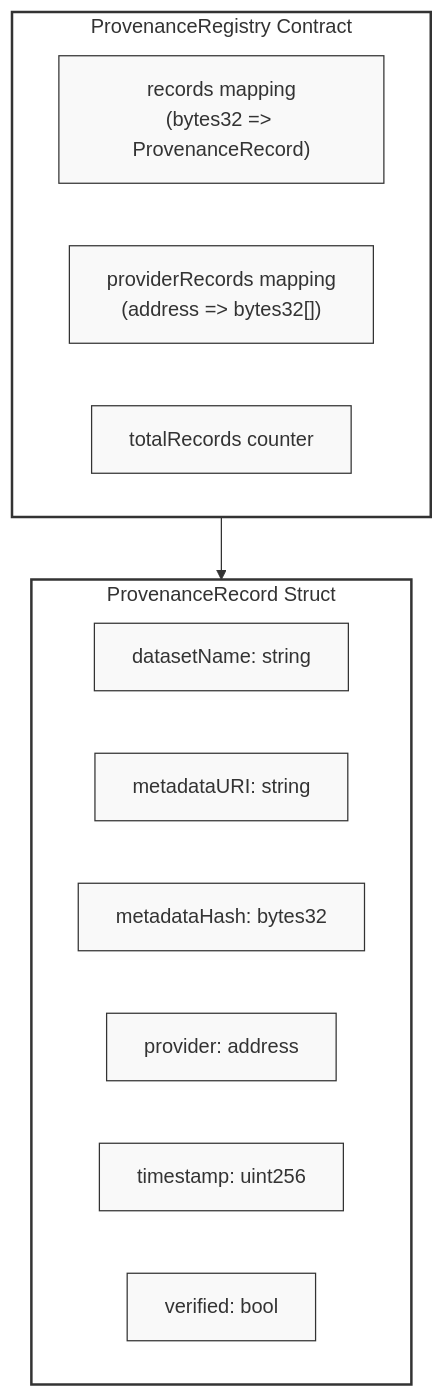
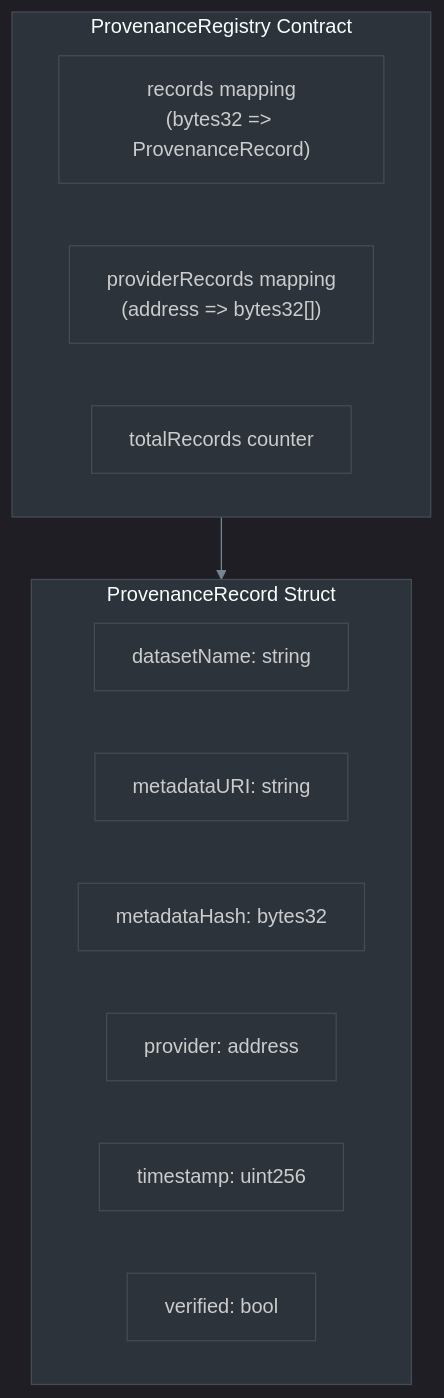
Before and after one commit to Ricoledan/dta-provenance-demo: the fourth of 17 diagrams in docs/ARCHITECTURE.md, drawn with Mermaid. The commit also changed other lines of this file and 1 other file, not shown here.

First line of the commit message:
Update Mermaid diagrams to dark theme

````diff
--- a/docs/ARCHITECTURE.md
+++ b/docs/ARCHITECTURE.md
@@ -138,31 +110,21 @@
 ```mermaid
+%%{init: {"theme":"dark","themeVariables":{"darkMode":true,"background":"#0d1117","primaryColor":"#2d333b","primaryTextColor":"#e6edf3","primaryBorderColor":"#444c56","lineColor":"#768390","secondaryColor":"#1c2128","tertiaryColor":"#22272e","clusterBkg":"#2d333b","clusterBorder":"#444c56","nodeTextColor":"#e6edf3","mainBkg":"#2d333b","secondBkg":"#22272e","edgeLabelBackground":"#2d333b","nodeBorder":"#444c56"}}}%%
 graph TB
     subgraph Contract["ProvenanceRegistry Contract"]
         Mapping["records mapping<br/>(bytes32 => ProvenanceRecord)"]
         Provider["providerRecords mapping<br/>(address => bytes32[])"]
         Counter["totalRecords counter"]
     end
 
     subgraph Record["ProvenanceRecord Struct"]
         Name["datasetName: string"]
         URI["metadataURI: string"]
         Hash["metadataHash: bytes32"]
         Addr["provider: address"]
         Time["timestamp: uint256"]
         Verified["verified: bool"]
     end
 
     Contract --> Record
 
-    style Contract fill:#fff,stroke:#333,stroke-width:2px
-    style Record fill:#fff,stroke:#333,stroke-width:2px
-    style Mapping fill:#f9f9f9,stroke:#333,stroke-width:1px
-    style Provider fill:#f9f9f9,stroke:#333,stroke-width:1px
-    style Counter fill:#f9f9f9,stroke:#333,stroke-width:1px
-    style Name fill:#f9f9f9,stroke:#333,stroke-width:1px
-    style URI fill:#f9f9f9,stroke:#333,stroke-width:1px
-    style Hash fill:#f9f9f9,stroke:#333,stroke-width:1px
-    style Addr fill:#f9f9f9,stroke:#333,stroke-width:1px
-    style Time fill:#f9f9f9,stroke:#333,stroke-width:1px
-    style Verified fill:#f9f9f9,stroke:#333,stroke-width:1px
 ```
````
